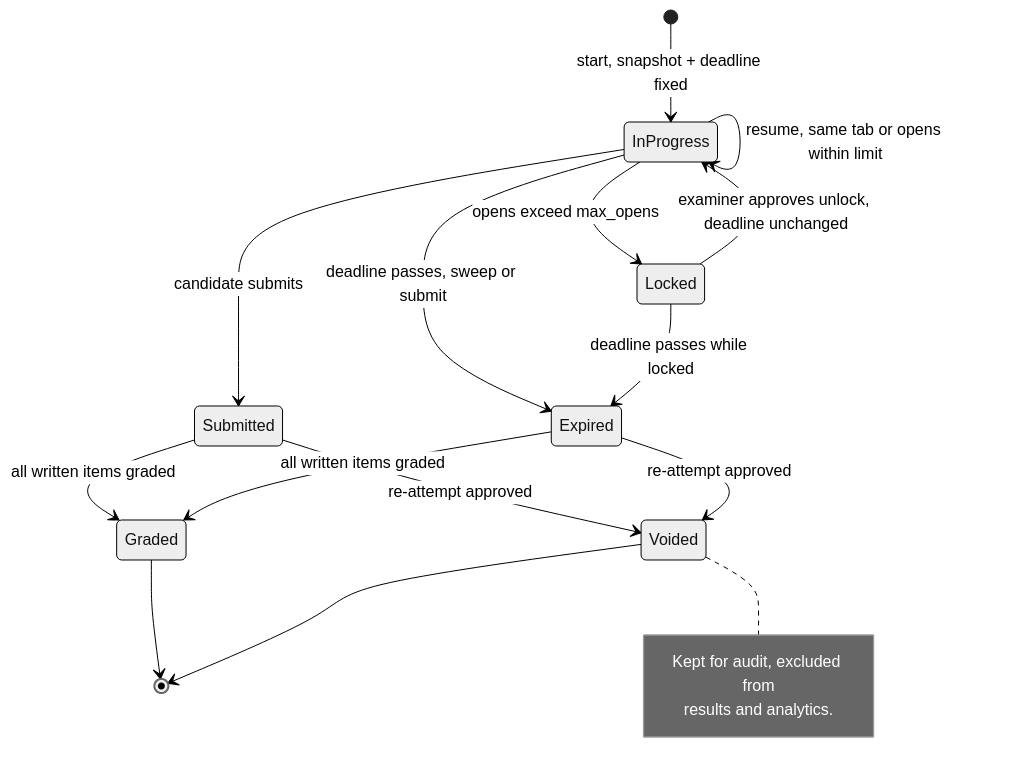
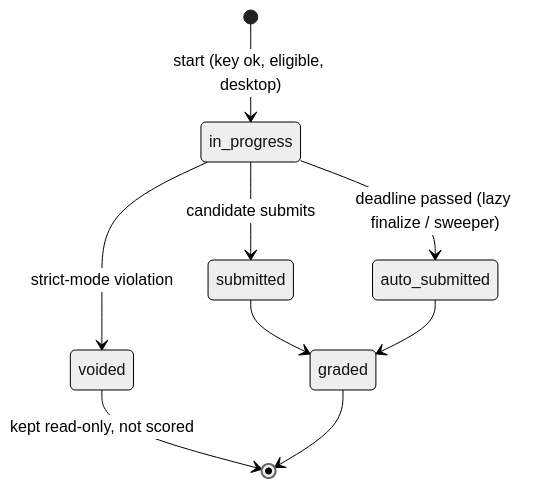
Before and after one commit to Muhammad-Faizan-DS/WEB-E-THON: the fifth of 11 diagrams in PRD.md, drawn with Mermaid (neutral theme). The commit also changed other lines of this file and 31 other files, not shown here.

````diff
--- a/PRD.md
+++ b/PRD.md
@@ -304,20 +218,11 @@
 ```mermaid
 stateDiagram-v2
-  [*] --> InProgress: start, snapshot + deadline fixed
-  InProgress --> InProgress: resume, same tab or opens within limit
-  InProgress --> Locked: opens exceed max_opens
-  Locked --> InProgress: examiner approves unlock, deadline unchanged
-  InProgress --> Submitted: candidate submits
-  InProgress --> Expired: deadline passes, sweep or submit
-  Locked --> Expired: deadline passes while locked
-  Submitted --> Graded: all written items graded
-  Expired --> Graded: all written items graded
-  Submitted --> Voided: re-attempt approved
-  Expired --> Voided: re-attempt approved
-  Graded --> [*]
-  Voided --> [*]
-  note right of Voided
-    Kept for audit, excluded from
-    results and analytics.
-  end note
+  [*] --> in_progress: start (key ok, eligible, desktop)
+  in_progress --> submitted: candidate submits
+  in_progress --> auto_submitted: deadline passed (lazy finalize / sweeper)
+  in_progress --> voided: strict-mode violation
+  submitted --> graded
+  auto_submitted --> graded
+  voided --> [*]: kept read-only, not scored
+  graded --> [*]
 ```
````
